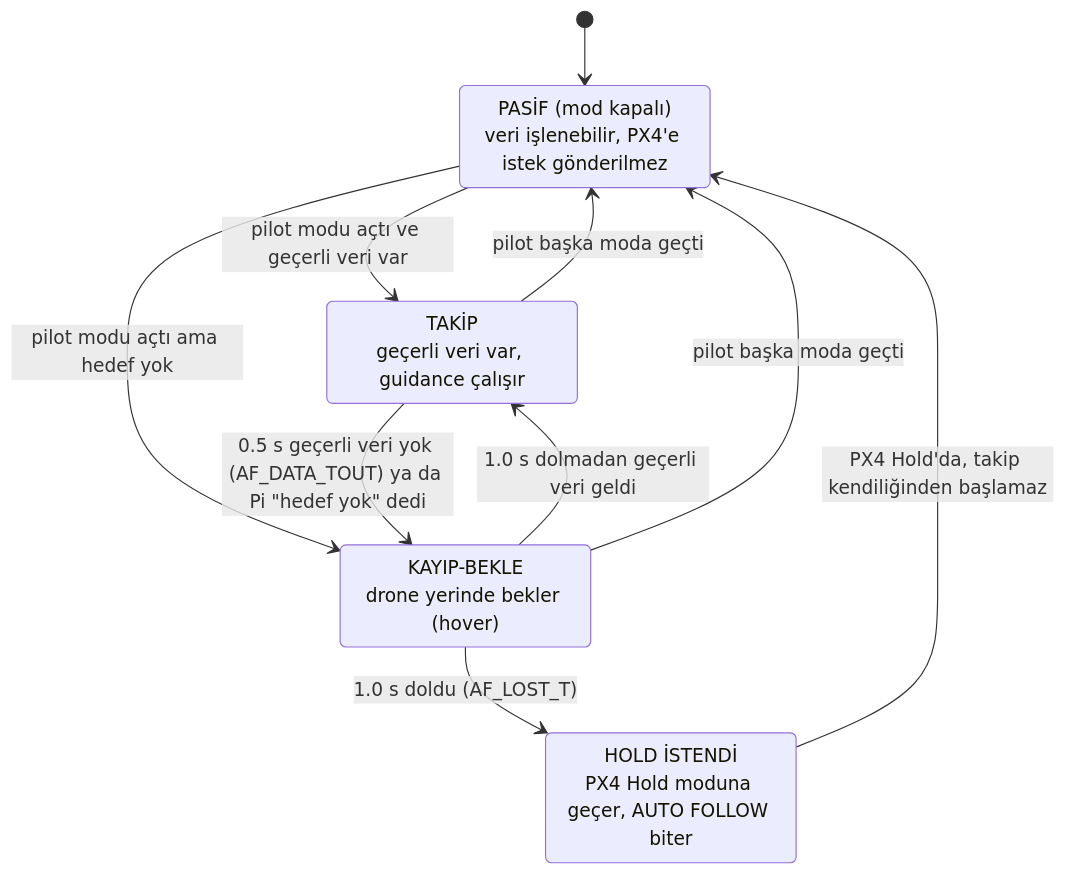
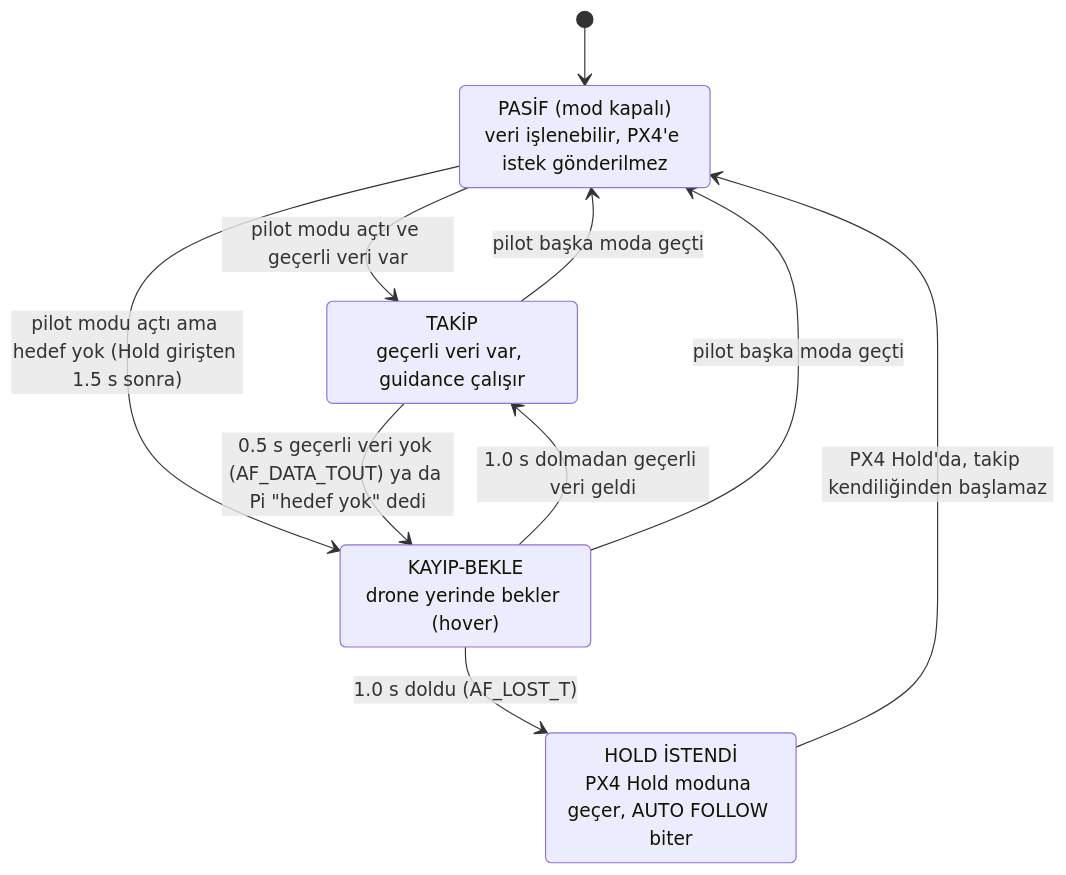
Before and after one commit to Auto-Follow/Autopilot: the second of 2 diagrams in agent-os/specs/2026-11-08-m15-takip-kodu/rapor.md, drawn with Mermaid. The commit also changed other lines of this file and 5 other files, not shown here.

````diff
--- a/agent-os/specs/2026-11-08-m15-takip-kodu/rapor.md
+++ b/agent-os/specs/2026-11-08-m15-takip-kodu/rapor.md
@@ -212,17 +225,17 @@
 ```mermaid
 stateDiagram-v2
   [*] --> PASIF
   PASIF: PASİF (mod kapalı)<br/>veri işlenebilir, PX4'e istek gönderilmez
   TAKIP: TAKİP<br/>geçerli veri var, guidance çalışır
   KAYIP: KAYIP-BEKLE<br/>drone yerinde bekler (hover)
   HOLD: HOLD İSTENDİ<br/>PX4 Hold moduna geçer, AUTO FOLLOW biter
 
   PASIF --> TAKIP: pilot modu açtı ve geçerli veri var
-  PASIF --> KAYIP: pilot modu açtı ama hedef yok
+  PASIF --> KAYIP: pilot modu açtı ama hedef yok (Hold girişten 1.5 s sonra)
   TAKIP --> KAYIP: 0.5 s geçerli veri yok (AF_DATA_TOUT) ya da Pi "hedef yok" dedi
   KAYIP --> TAKIP: 1.0 s dolmadan geçerli veri geldi
   KAYIP --> HOLD: 1.0 s doldu (AF_LOST_T)
   HOLD --> PASIF: PX4 Hold'da, takip kendiliğinden başlamaz
   TAKIP --> PASIF: pilot başka moda geçti
   KAYIP --> PASIF: pilot başka moda geçti
 ```
````
